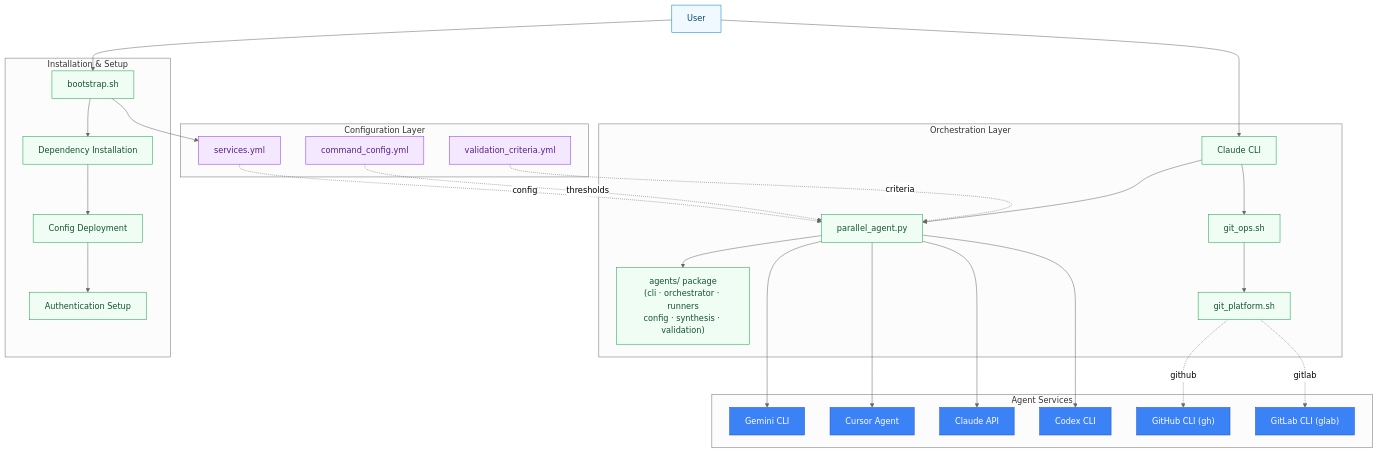
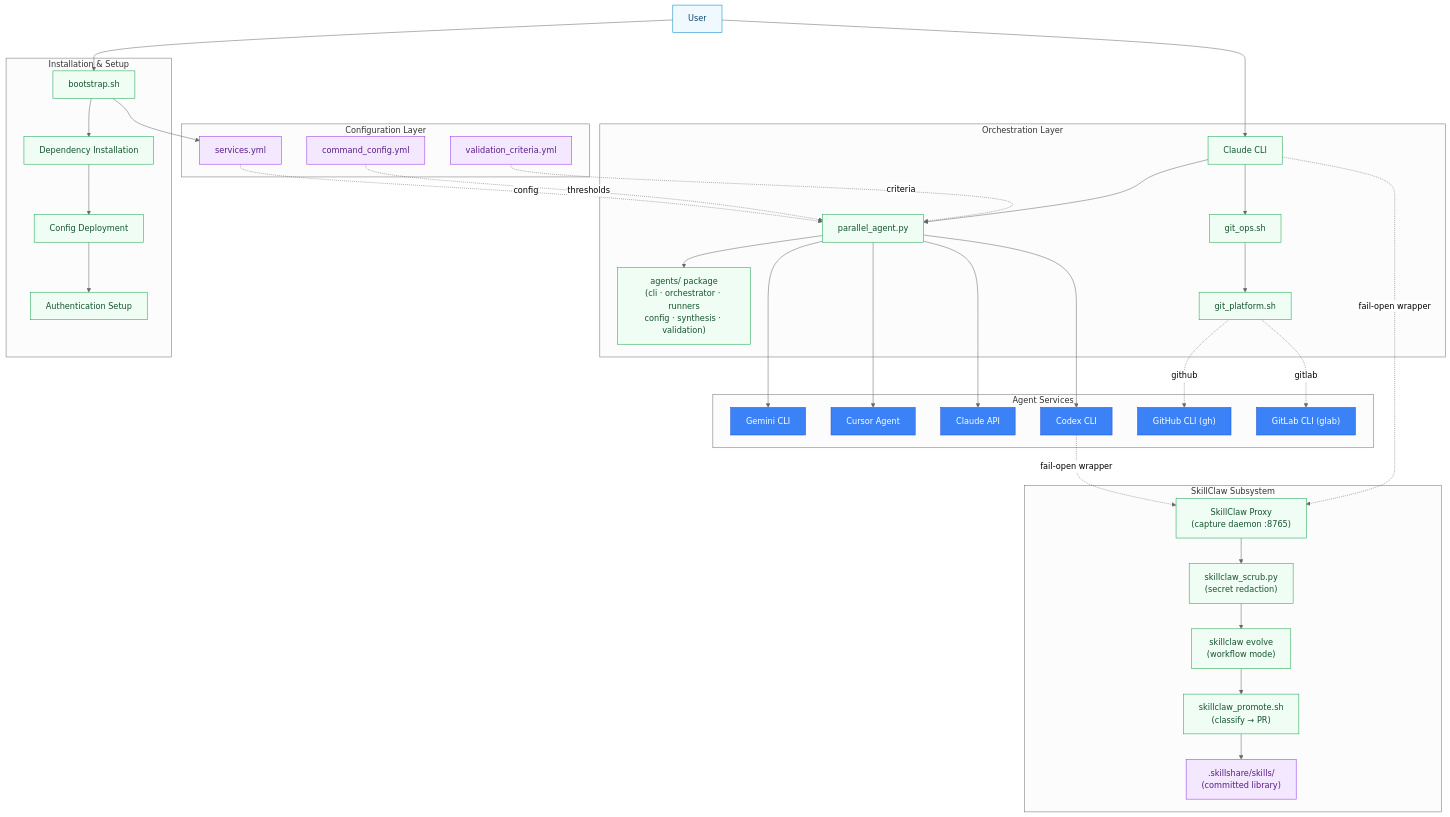
One commit to RB-chrismandich/Manifest changed the first of 15 diagrams in docs/ARCHITECTURE_DIAGRAMS.md. Above: the diagram before and after it, drawn with Mermaid. The commit also changed other lines of this file and 6 other files, not shown here.

First line of the commit message:
docs: refresh README, diagrams, and Diataxis audit for SkillClaw + pass-cli

````diff
--- a/docs/ARCHITECTURE_DIAGRAMS.md
+++ b/docs/ARCHITECTURE_DIAGRAMS.md
@@ -33,61 +34,72 @@
 ```mermaid
 %%{init: {'theme':'neutral'}}%%
 flowchart TB
     classDef input fill:#f0f9ff,stroke:#0284c7,color:#0c4a6e
     classDef process fill:#f0fdf4,stroke:#16a34a,color:#14532d
     classDef output fill:#fef3c7,stroke:#d97706,color:#78350f
     classDef config fill:#f3e8ff,stroke:#9333ea,color:#581c87
     classDef external fill:#3b82f6,stroke:#1d4ed8,color:#fff
 
     USER["User"]:::input
     BOOTSTRAP["bootstrap.sh"]:::process
     CLAUDE_CLI["Claude CLI"]:::process
 
     subgraph "Installation & Setup"
         BOOTSTRAP
         INSTALL["Dependency Installation"]:::process
         DEPLOY["Config Deployment"]:::process
         AUTH["Authentication Setup"]:::process
         BOOTSTRAP --> INSTALL --> DEPLOY --> AUTH
     end
 
     subgraph "Configuration Layer"
         SERVICES["services.yml"]:::config
         COMMAND_CFG["command_config.yml"]:::config
         VALIDATION_CFG["validation_criteria.yml"]:::config
     end
 
     subgraph "Orchestration Layer"
         CLAUDE_CLI
         PARALLEL_PY["parallel_agent.py"]:::process
         AGENTS_PKG["agents/ package\n(cli · orchestrator · runners\nconfig · synthesis · validation)"]:::process
         GIT_PLATFORM["git_platform.sh"]:::process
         GIT_OPS["git_ops.sh"]:::process
     end
 
     subgraph "Agent Services"
         GEMINI["Gemini CLI"]:::external
         CURSOR["Cursor Agent"]:::external
         CLAUDE_API["Claude API"]:::external
         CODEX["Codex CLI"]:::external
         GH["GitHub CLI (gh)"]:::external
         GLAB["GitLab CLI (glab)"]:::external
     end
 
+    subgraph "SkillClaw Subsystem"
+        SKILLCLAW_PROXY["SkillClaw Proxy\n(capture daemon :8765)"]:::process
+        SKILLCLAW_SCRUB["skillclaw_scrub.py\n(secret redaction)"]:::process
+        SKILLCLAW_EVOLVE["skillclaw evolve\n(workflow mode)"]:::process
+        SKILLCLAW_PROMOTE["skillclaw_promote.sh\n(classify → PR)"]:::process
+        SKILLSHARE[".skillshare/skills/\n(committed library)"]:::config
+        SKILLCLAW_PROXY --> SKILLCLAW_SCRUB --> SKILLCLAW_EVOLVE --> SKILLCLAW_PROMOTE --> SKILLSHARE
+    end
+
     USER --> BOOTSTRAP
     BOOTSTRAP --> SERVICES
     USER --> CLAUDE_CLI
     CLAUDE_CLI --> PARALLEL_PY
     PARALLEL_PY --> AGENTS_PKG
     CLAUDE_CLI --> GIT_OPS
     GIT_OPS --> GIT_PLATFORM
     GIT_PLATFORM -.->|github| GH
     GIT_PLATFORM -.->|gitlab| GLAB
     PARALLEL_PY --> GEMINI
     PARALLEL_PY --> CURSOR
     PARALLEL_PY --> CLAUDE_API
     PARALLEL_PY --> CODEX
     SERVICES -.->|config| PARALLEL_PY
     COMMAND_CFG -.->|thresholds| PARALLEL_PY
     VALIDATION_CFG -.->|criteria| PARALLEL_PY
+    CLAUDE_CLI -.->|fail-open wrapper| SKILLCLAW_PROXY
+    CODEX -.->|fail-open wrapper| SKILLCLAW_PROXY
 ```
````
